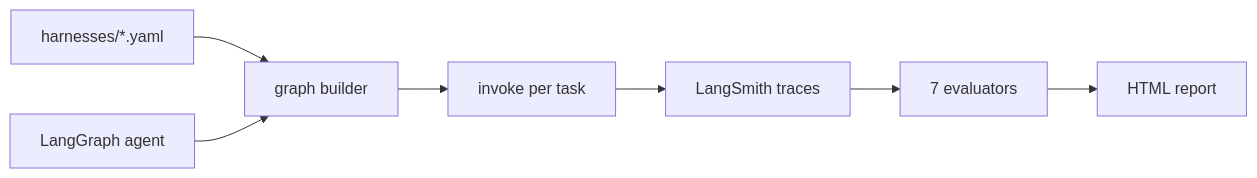
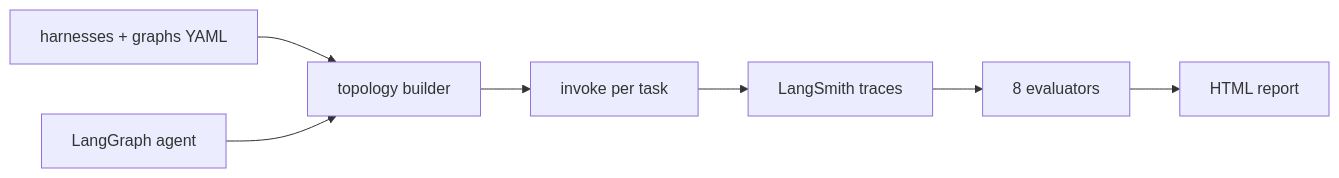
Before and after one commit to HOSH19/HarnessLab: the diagram in README.md, drawn with Mermaid. The commit also changed other lines of this file and 53 other files, not shown here.

First line of the commit message:
Add graph engineering: topology A/B, builders, notes, and coordination eval.

````diff
--- a/README.md
+++ b/README.md
@@ -11,9 +13,9 @@
 ```mermaid
 flowchart LR
-    YAML[harnesses/*.yaml] --> Builder[graph builder]
+    YAML[harnesses + graphs YAML] --> Builder[topology builder]
     Graph[LangGraph agent] --> Builder
     Builder --> Run[invoke per task]
     Run --> LS[LangSmith traces]
-    LS --> Eval[7 evaluators]
+    LS --> Eval[8 evaluators]
     Eval --> Report[HTML report]
 ```
````
